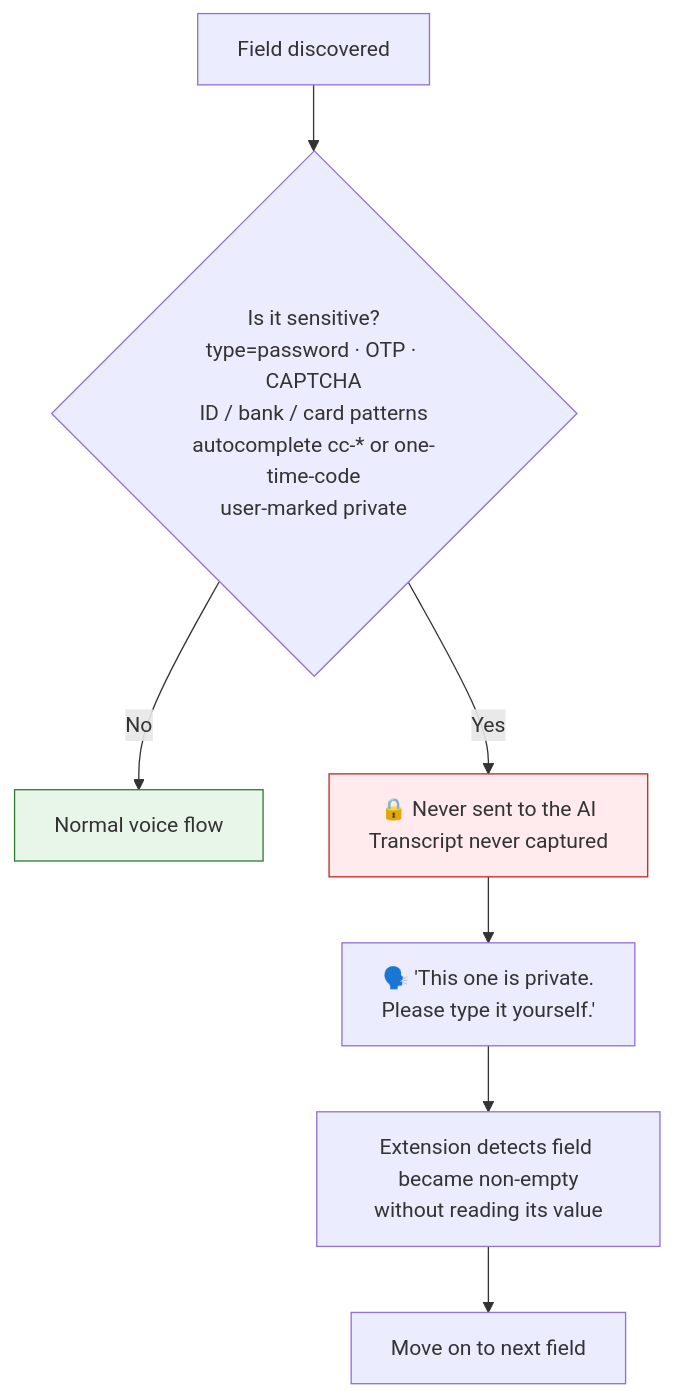
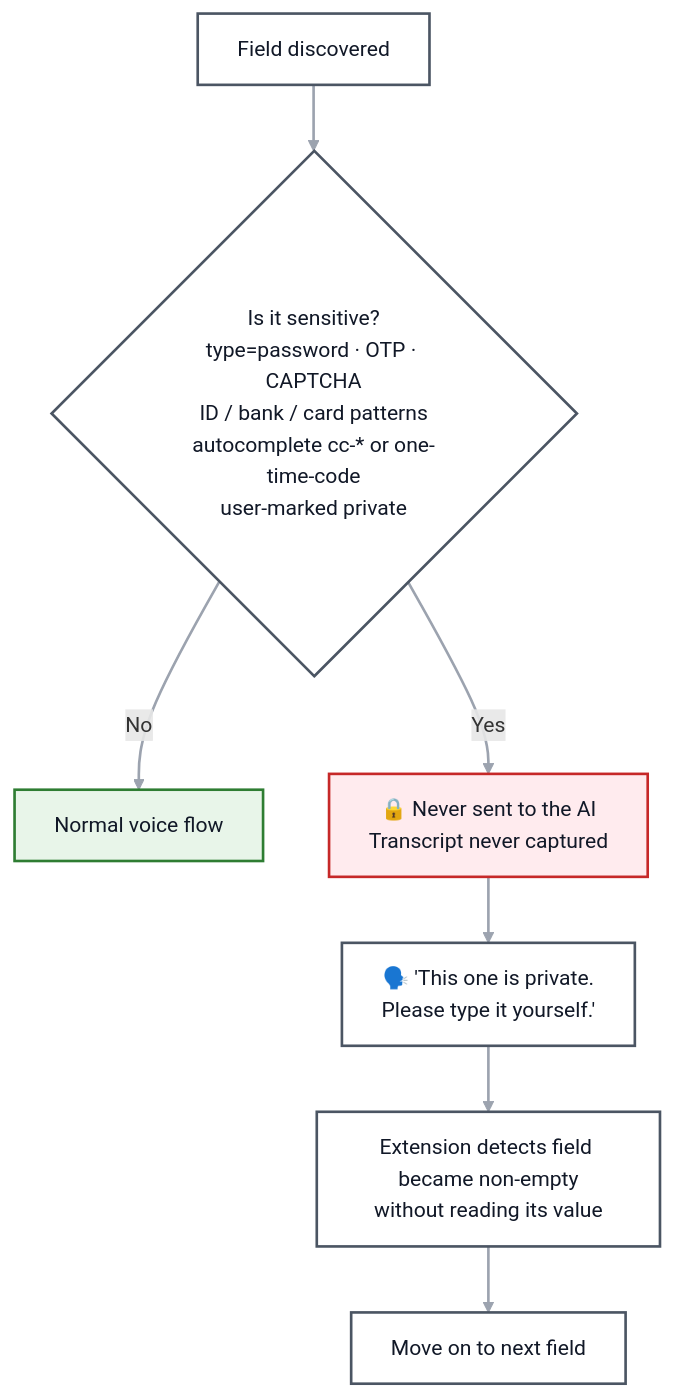
Before and after one commit to vrajardeshana19-bit/FormSathi: the fifth of 8 diagrams in README.md, drawn with Mermaid. The commit also changed other lines of this file, not shown here.

````diff
--- a/README.md
+++ b/README.md
@@ -300,12 +332,18 @@
 ```mermaid
 flowchart TD
     A[Field discovered] --> B{"Is it sensitive?<br/>type=password · OTP · CAPTCHA<br/>ID / bank / card patterns<br/>autocomplete cc-* or one-time-code<br/>user-marked private"}
     B -->|No| C[Normal voice flow]
     B -->|Yes| D["🔒 Never sent to the AI<br/>Transcript never captured"]
     D --> E["🗣️ 'This one is private.<br/>Please type it yourself.'"]
     E --> F[Extension detects field became non-empty<br/>without reading its value]
     F --> G[Move on to next field]
 
-    style D fill:#ffebee,stroke:#c62828
-    style C fill:#e8f5e9,stroke:#2e7d32
+    style D fill:#ffebee,stroke:#c62828,color:#111827,stroke-width:2px
+    style C fill:#e8f5e9,stroke:#2e7d32,color:#111827,stroke-width:2px
+    style A fill:#ffffff,stroke:#4b5563,color:#111827,stroke-width:2px
+    style B fill:#ffffff,stroke:#4b5563,color:#111827,stroke-width:2px
+    style E fill:#ffffff,stroke:#4b5563,color:#111827,stroke-width:2px
+    style F fill:#ffffff,stroke:#4b5563,color:#111827,stroke-width:2px
+    style G fill:#ffffff,stroke:#4b5563,color:#111827,stroke-width:2px
+    linkStyle default stroke:#9ca3af,stroke-width:2px
 ```
````
